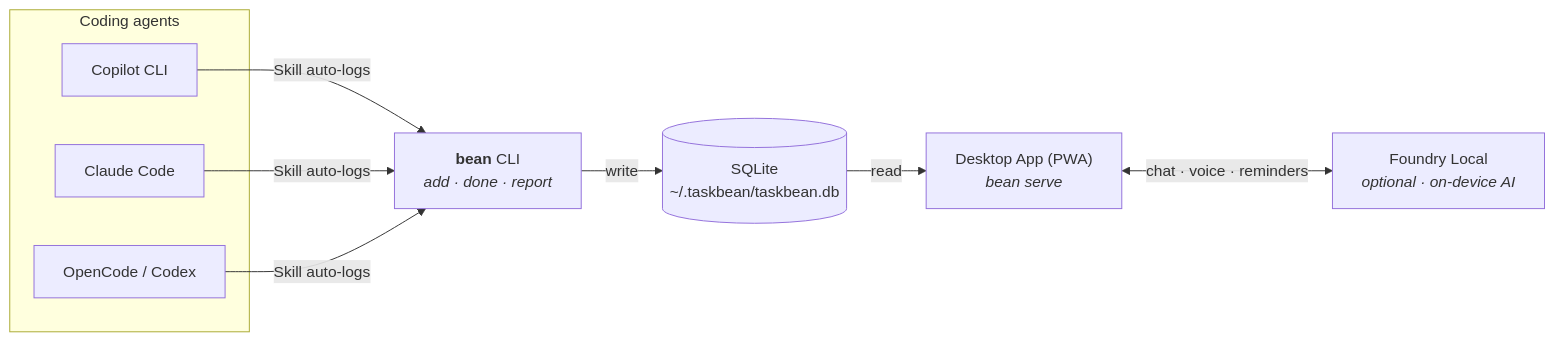
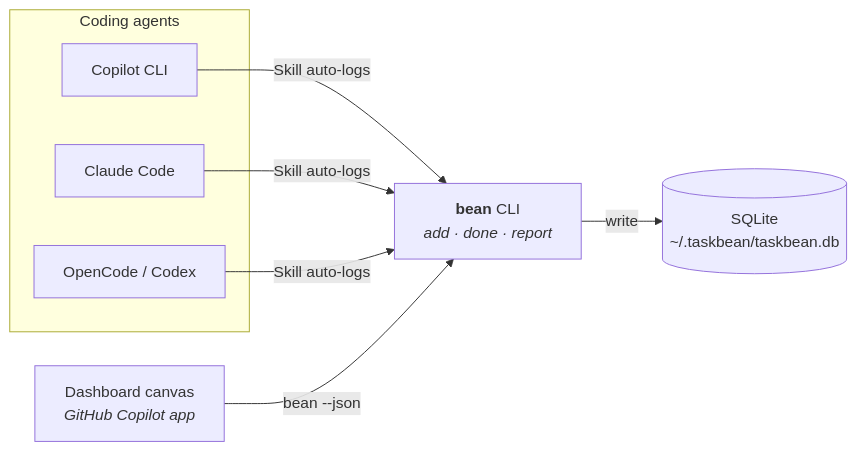
One commit to taskbean/taskbean changed the diagram in README.md. Above: the diagram before and after it, drawn with Mermaid. The commit also changed other lines of this file and 20 other files, not shown here.

````diff
--- a/README.md
+++ b/README.md
@@ -35,18 +33,16 @@
 ```mermaid
 flowchart LR
     subgraph Agents["Coding agents"]
         A1["Copilot CLI"]
         A2["Claude Code"]
         A3["OpenCode / Codex"]
     end
 
     CLI["<b>bean</b> CLI<br/><i>add · done · report</i>"]
     DB[("SQLite<br/>~/.taskbean/taskbean.db")]
-    APP["Desktop App (PWA)<br/><i>bean serve</i>"]
-    AI["Foundry Local<br/><i>optional · on-device AI</i>"]
+    CANVAS["Dashboard canvas<br/><i>GitHub Copilot app</i>"]
 
     A1 & A2 & A3 -->|"Skill auto-logs"| CLI
     CLI -->|write| DB
-    DB -->|read| APP
-    APP <-->|"chat · voice · reminders"| AI
+    CANVAS -->|"bean --json"| CLI
 ```
````
